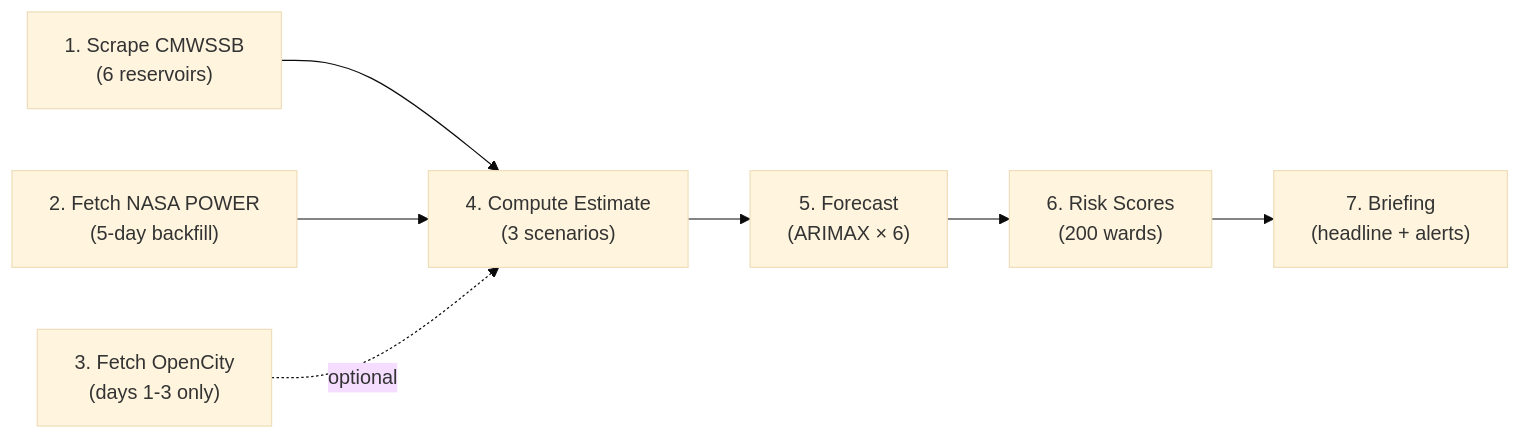
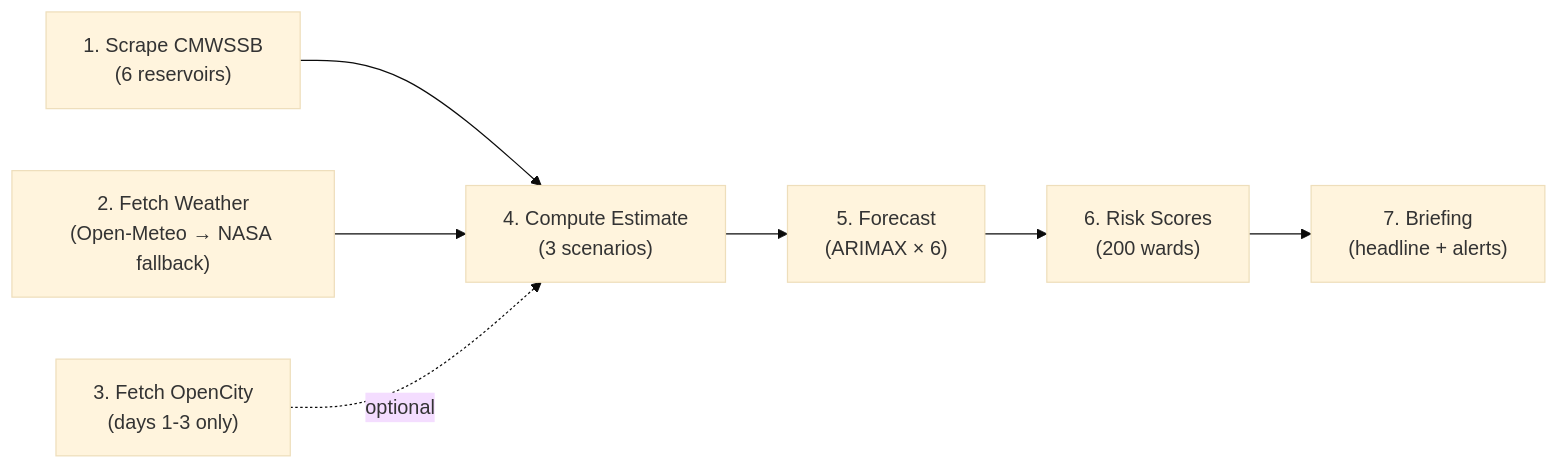
One commit to SundareshPrasanna/neer-vazhvu changed the second of 5 diagrams in ARCHITECTURE.md. Above: the diagram before and after it, drawn with Mermaid (base theme). The commit also changed other lines of this file and 10 other files, not shown here.

First line of the commit message:
feat: add Open-Meteo as primary weather source with ET₀ for ARIMAX forecasting

````diff
--- a/ARCHITECTURE.md
+++ b/ARCHITECTURE.md
@@ -75,17 +77,17 @@
 ```mermaid
 flowchart LR
     S1["1. Scrape CMWSSB<br/>(6 reservoirs)"]
-    S2["2. Fetch NASA POWER<br/>(5-day backfill)"]
+    S2["2. Fetch Weather<br/>(Open-Meteo → NASA fallback)"]
     S3["3. Fetch OpenCity<br/>(days 1-3 only)"]
     S4["4. Compute Estimate<br/>(3 scenarios)"]
     S5["5. Forecast<br/>(ARIMAX × 6)"]
     S6["6. Risk Scores<br/>(200 wards)"]
     S7["7. Briefing<br/>(headline + alerts)"]
 
     S1 --> S4
     S2 --> S4
     S3 -.->|optional| S4
     S4 --> S5
     S5 --> S6
     S6 --> S7
 ```
````
